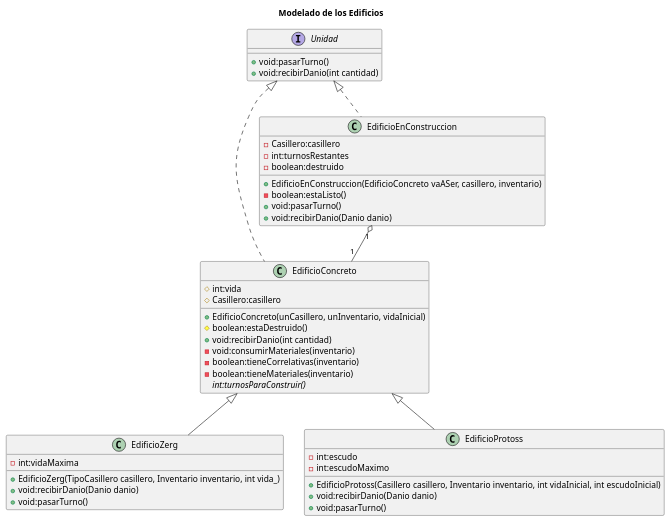
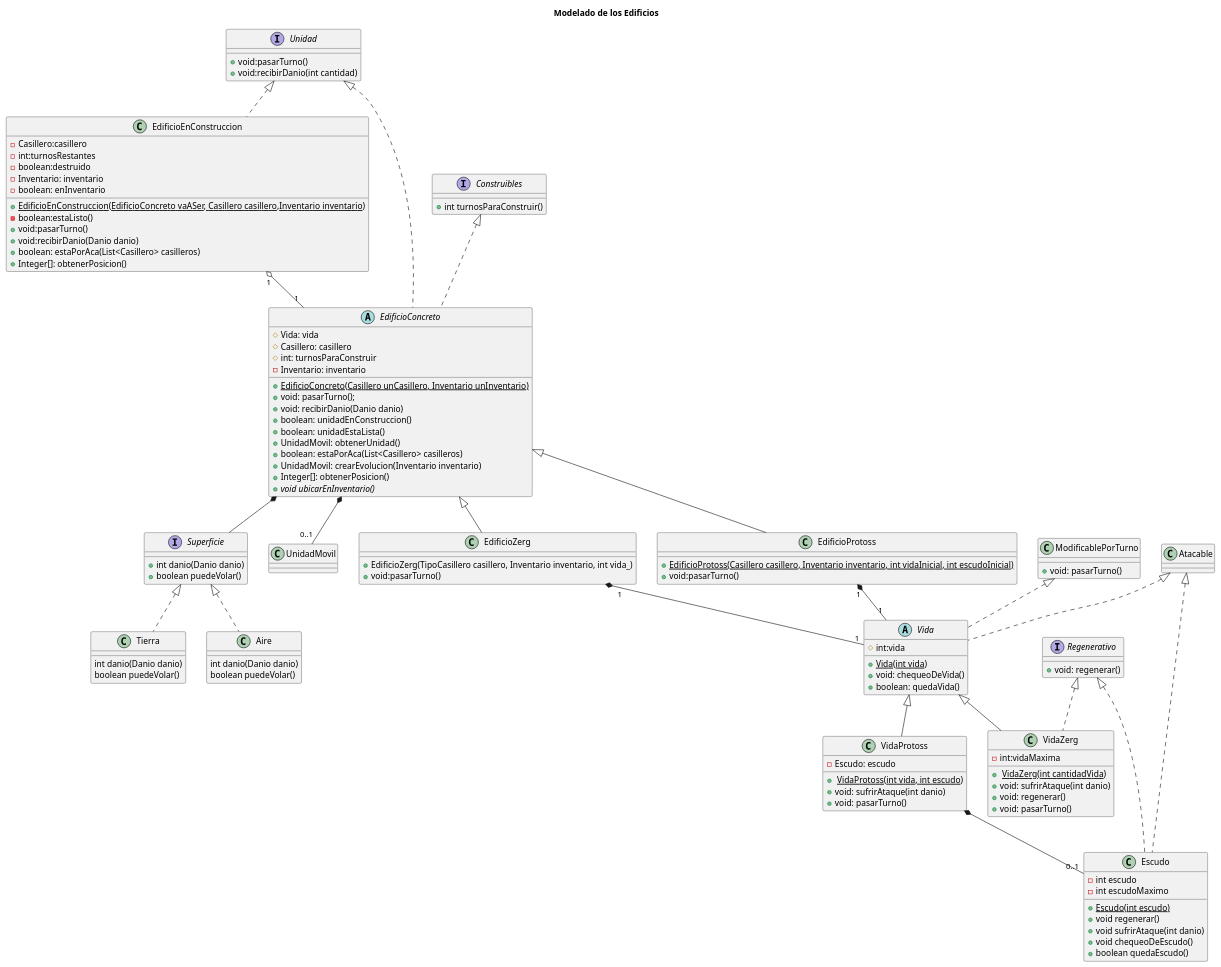
Before and after one commit to m-cabrerar/AlgoStar: the diagram in diagrams/classes/modeladoDeEdificios.plantuml, drawn with PlantUML. The commit also changed 5 other files, not shown here.

Commit message:
UML edificio

```diff
--- a/diagrams/classes/modeladoDeEdificios.plantuml
+++ b/diagrams/classes/modeladoDeEdificios.plantuml
@@ -1,52 +1,146 @@
 @startuml
 title Modelado de los Edificios
 
 interface Unidad {
  + void:pasarTurno()
  + void:recibirDanio(int cantidad)
 }
 
-class EdificioConcreto {
- # int:vida
- # Casillero:casillero
- + EdificioConcreto(unCasillero, unInventario, vidaInicial)
- # boolean:estaDestruido()
- + void:recibirDanio(int cantidad)
- - void:consumirMateriales(inventario)
- - boolean:tieneCorrelativas(inventario)
- - boolean:tieneMateriales(inventario)
- {abstract} int:turnosParaConstruir()
+
+interface Construibles {
++int turnosParaConstruir()
 }
+abstract class  EdificioConcreto{
+# Vida: vida
+# Casillero: casillero
+# int: turnosParaConstruir
+ -Inventario: inventario
+
++<u>EdificioConcreto(Casillero unCasillero, Inventario unInventario)
++ void: pasarTurno();
++ void: recibirDanio(Danio danio)
++ boolean: unidadEnConstruccion()
++ boolean: unidadEstaLista()
++  UnidadMovil: obtenerUnidad()
++ boolean: estaPorAca(List<Casillero> casilleros)
++ UnidadMovil: crearEvolucion(Inventario inventario)
++ Integer[]: obtenerPosicion()
++ {abstract} void ubicarEnInventario()
+}
+
+
 
 class EdificioEnConstruccion{
  /'- Unidad:vaASer'/
  - Casillero:casillero
  - int:turnosRestantes
  - boolean:destruido
- + EdificioEnConstruccion(EdificioConcreto vaASer, casillero, inventario)
+ -Inventario: inventario
+ -boolean: enInventario
+
+ + <u>EdificioEnConstruccion(EdificioConcreto vaASer, Casillero casillero,Inventario inventario)
  - boolean:estaListo()
  + void:pasarTurno()
  + void:recibirDanio(Danio danio)
+ + boolean: estaPorAca(List<Casillero> casilleros)
+ +Integer[]: obtenerPosicion()
 }
 
 class EdificioZerg{
- - int:vidaMaxima
  + EdificioZerg(TipoCasillero casillero, Inventario inventario, int vida_)
- + void:recibirDanio(Danio danio)
  + void:pasarTurno()
 }
 
 class EdificioProtoss{
- - int:escudo
- - int:escudoMaximo
- + EdificioProtoss(Casillero casillero, Inventario inventario, int vidaInicial, int escudoInicial)
- + void:recibirDanio(Danio danio)
+ + <u>EdificioProtoss(Casillero casillero, Inventario inventario, int vidaInicial, int escudoInicial)
  + void:pasarTurno()
 }
 
+abstract class Vida{
+#int:vida
+
++<u>Vida(int vida)
++void: chequeoDeVida()
++boolean: quedaVida()
+}
+class VidaZerg{
+-int:vidaMaxima
+
++<u> VidaZerg(int cantidadVida)
++ void: sufrirAtaque(int danio)
++ void: regenerar()
++ void: pasarTurno()
+}
+
+class VidaProtoss{
+-Escudo: escudo
+
++<u> VidaProtoss(int vida, int escudo)
++ void: sufrirAtaque(int danio)
++ void: pasarTurno()
+
+}
+
+
+interface Regenerativo{
++void: regenerar()
+}
+
+class Escudo{
+-int escudo
+-int escudoMaximo
+
++<u>Escudo(int escudo)
++ void regenerar()
++ void sufrirAtaque(int danio)
++ void chequeoDeEscudo()
++ boolean quedaEscudo()
+}
+
+interface Superficie{
++ int danio(Danio danio)
++ boolean puedeVolar()
+}
+class Tierra{
+ int danio(Danio danio)
+ boolean puedeVolar()
+}
+class Aire{
+int danio(Danio danio)
+boolean puedeVolar()
+}
+
+
+class ModificablePorTurno{
++void: pasarTurno()
+}
+
+
+class UnidadMovil{}
+
+Superficie <|.. Tierra
+Superficie <|.. Aire
+
+
+Vida <|-- VidaProtoss
+Vida <|-- VidaZerg
+Regenerativo <|.. VidaZerg
+Atacable <|.. Vida
+ModificablePorTurno <|.. Vida
+
+VidaProtoss *-- "0..1"Escudo
+Regenerativo <|.. Escudo
+Atacable <|.. Escudo
+
+EdificioProtoss "1" *-- "1"Vida
+EdificioZerg "1"*-- "1"Vida
+
+Construibles <|.. EdificioConcreto
 Unidad <|.. EdificioConcreto
 Unidad <|.. EdificioEnConstruccion
 EdificioConcreto <|-- EdificioZerg
 EdificioConcreto <|-- EdificioProtoss
+EdificioConcreto *-- Superficie
+EdificioConcreto *-- "0..1"UnidadMovil
 EdificioEnConstruccion "1" o-- "1" EdificioConcreto
 @enduml
```
